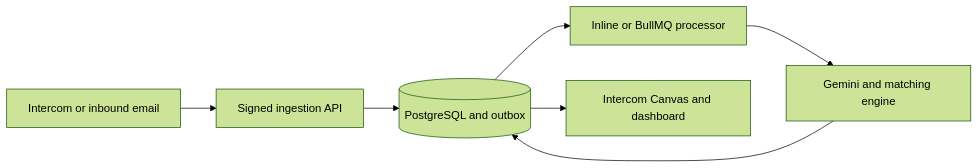
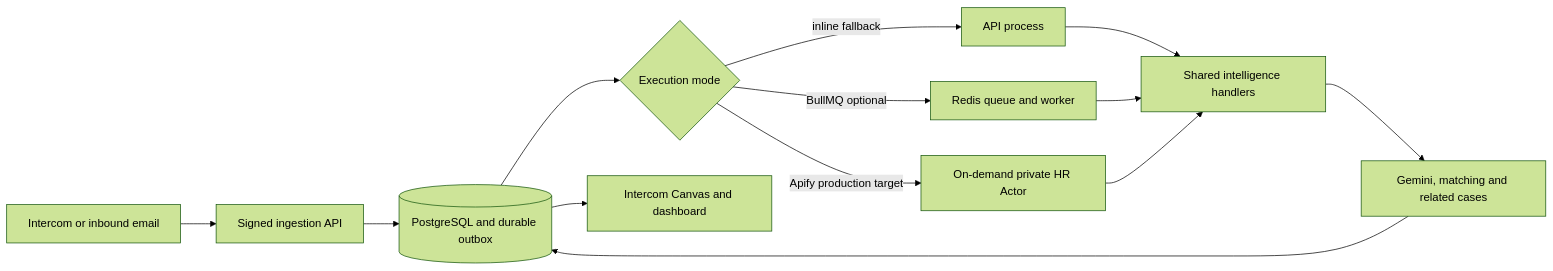
The diagram in README.md (Zebishah/CaseLens), drawn with Mermaid (forest theme) before and after one commit. The commit also changed other lines of this file and 45 other files, not shown here.

Commit message:
Add on-demand Apify Actor processing mode

````diff
--- a/README.md
+++ b/README.md
@@ -30,9 +30,15 @@
 ```mermaid
 flowchart LR
   A[Intercom or inbound email] --> B[Signed ingestion API]
-  B --> C[(PostgreSQL and outbox)]
-  C --> D[Inline or BullMQ processor]
-  D --> E[Gemini and matching engine]
-  E --> C
-  C --> F[Intercom Canvas and dashboard]
+  B --> C[(PostgreSQL and durable outbox)]
+  C --> D{Execution mode}
+  D -->|inline fallback| E[API process]
+  D -->|BullMQ optional| F[Redis queue and worker]
+  D -->|Apify production target| G[On-demand private HR Actor]
+  E --> H[Shared intelligence handlers]
+  F --> H
+  G --> H
+  H --> I[Gemini, matching and related cases]
+  I --> C
+  C --> J[Intercom Canvas and dashboard]
 ```
````
